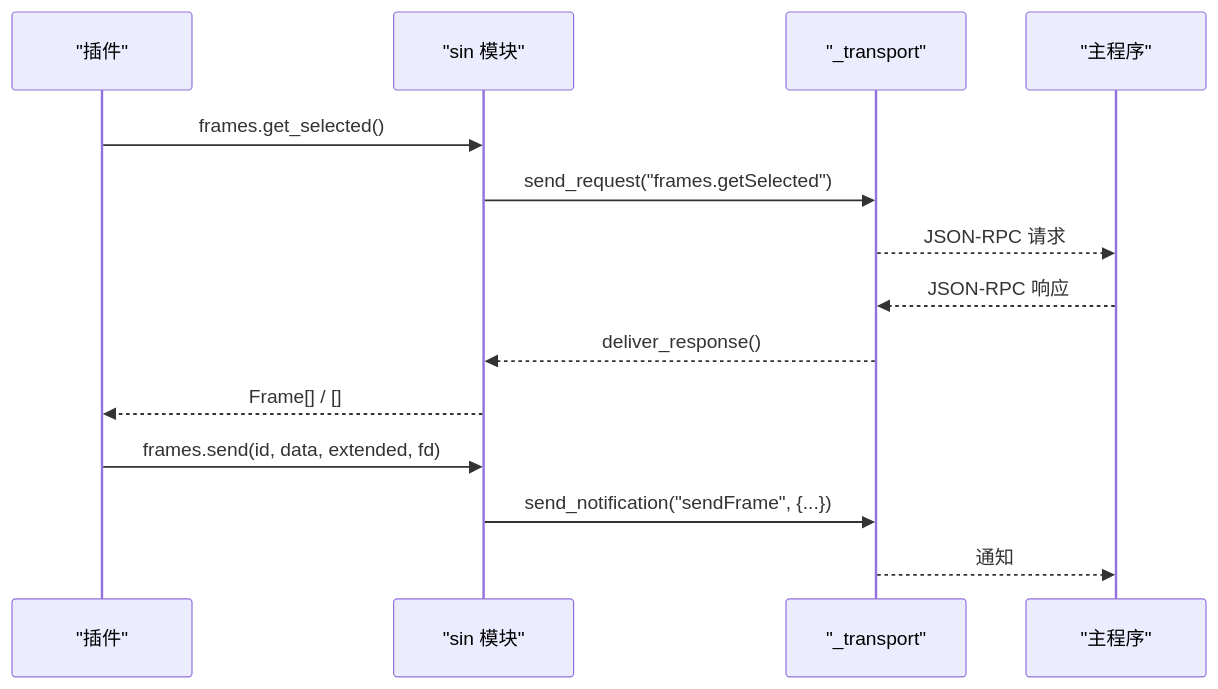
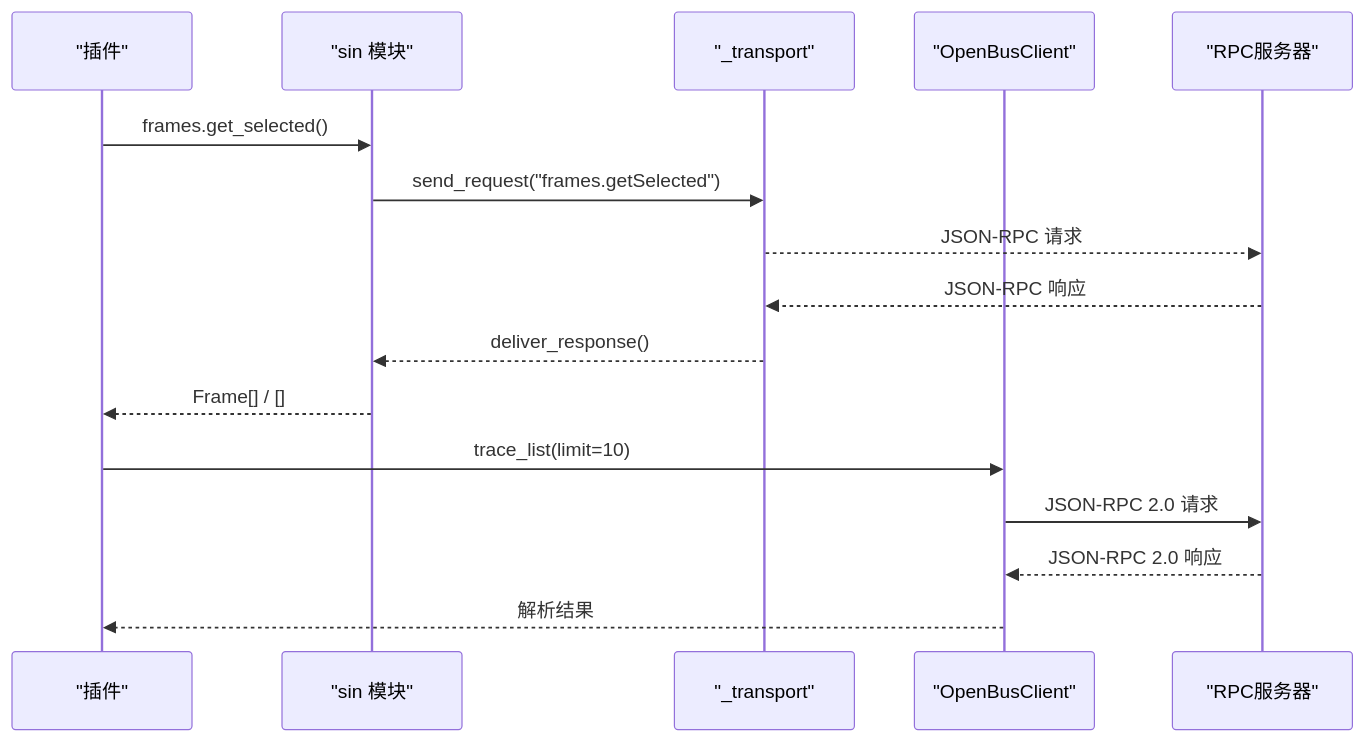
Before and after one commit to jakecai1225-design/OpenBus: the second of 8 diagrams in .qoder/repowiki/zh/content/开发指南/Python SDK开发指南.md, drawn with Mermaid. The commit also changed other lines of this file and 58 other files, not shown here.

````diff
--- a/.qoder/repowiki/zh/content/开发指南/Python SDK开发指南.md
+++ b/.qoder/repowiki/zh/content/开发指南/Python SDK开发指南.md
@@ -92,16 +108,18 @@
 ```mermaid
 sequenceDiagram
 participant P as "插件"
 participant S as "sin 模块"
 participant T as "_transport"
-participant H as "主程序"
+participant OC as "OpenBusClient"
+participant RS as "RPC服务器"
 P->>S : frames.get_selected()
 S->>T : send_request("frames.getSelected")
-T-->>H : JSON-RPC 请求
-H-->>T : JSON-RPC 响应
+T-->>RS : JSON-RPC 请求
+RS-->>T : JSON-RPC 响应
 T-->>S : deliver_response()
 S-->>P : Frame[] / []
-P->>S : frames.send(id, data, extended, fd)
-S->>T : send_notification("sendFrame", {...})
-T-->>H : 通知
+P->>OC : trace_list(limit=10)
+OC->>RS : JSON-RPC 2.0 请求
+RS-->>OC : JSON-RPC 2.0 响应
+OC-->>P : 解析结果
 ```
````
